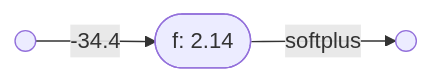
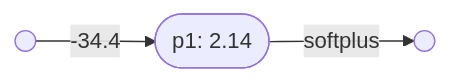
Before and after one commit to conmaol/maglocunus: the second of 5 diagrams in nodes/neural_networks.md, drawn with Mermaid. The commit also changed other lines of this file, not shown here.

````diff
--- a/nodes/neural_networks.md
+++ b/nodes/neural_networks.md
@@ -28,5 +28,5 @@
 ```mermaid
 graph LR
-    A(( )) -- "-34.4" --> B(["f: 2.14"])
+    A(( )) -- "-34.4" --> B(["p1: 2.14"])
     B -- "softplus" --> D(( ))
 ```
````
